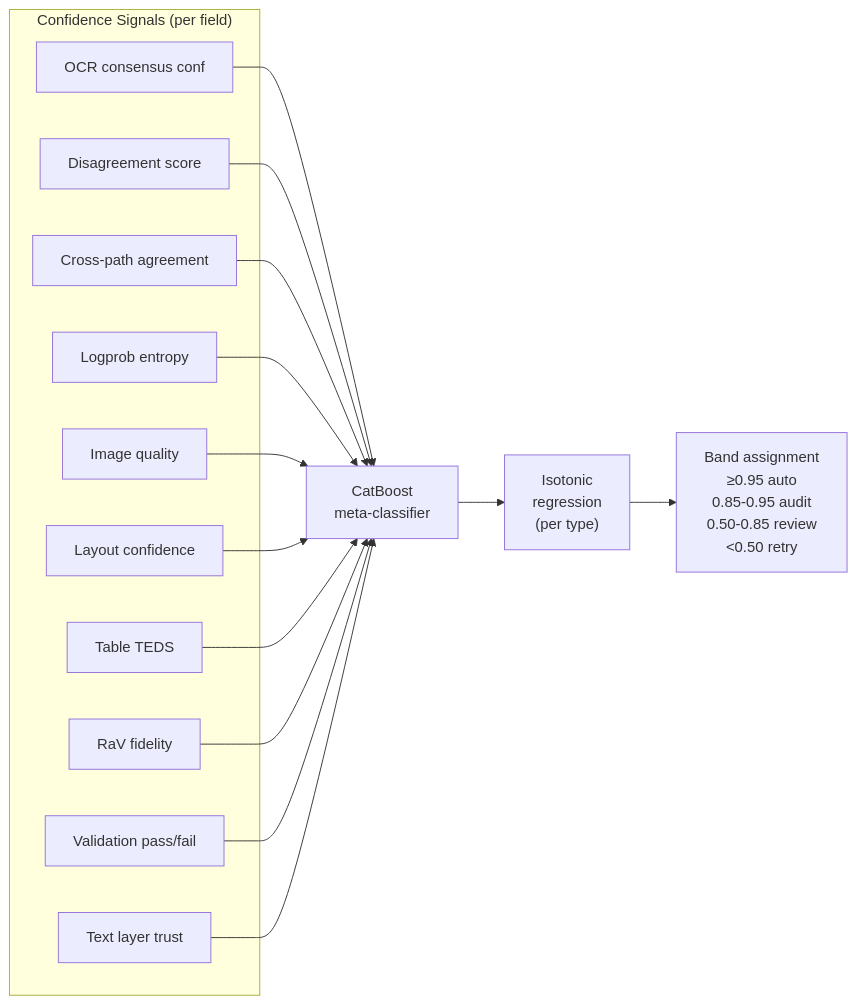
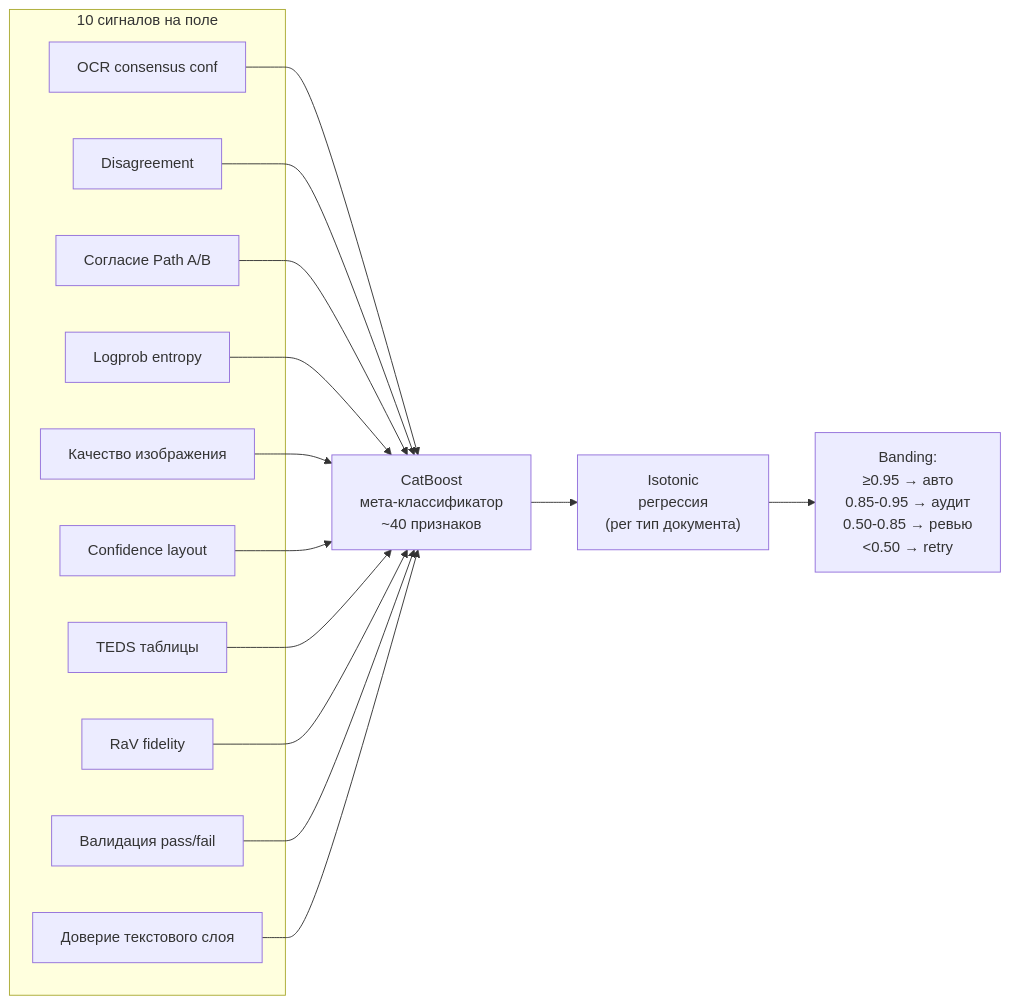
The fourth of 5 diagrams in docs/SUMMARY.md (Zhilg/NEI), drawn with Mermaid before and after one commit. The commit also changed other lines of this file, not shown here.

````diff
--- a/docs/SUMMARY.md
+++ b/docs/SUMMARY.md
@@ -147,19 +217,19 @@
 ```mermaid
 flowchart LR
-    subgraph SIGNALS["Confidence Signals (per field)"]
-        A1["OCR consensus conf"]
-        A2["Disagreement score"]
-        A3["Cross-path agreement"]
-        A4["Logprob entropy"]
-        A5["Image quality"]
-        A6["Layout confidence"]
-        A7["Table TEDS"]
-        A8["RaV fidelity"]
-        A9["Validation pass/fail"]
-        A10["Text layer trust"]
+    subgraph СИГНАЛЫ["10 сигналов на поле"]
+        S1["OCR consensus conf"]
+        S2["Disagreement"]
+        S3["Согласие Path A/B"]
+        S4["Logprob entropy"]
+        S5["Качество изображения"]
+        S6["Confidence layout"]
+        S7["TEDS таблицы"]
+        S8["RaV fidelity"]
+        S9["Валидация pass/fail"]
+        S10["Доверие текстового слоя"]
     end
 
-    CAT["CatBoost\nmeta-classifier"] --> ISO["Isotonic\nregression\n(per type)"]
-    A1 & A2 & A3 & A4 & A5 & A6 & A7 & A8 & A9 & A10 --> CAT
-    ISO --> BAND["Band assignment\n≥0.95 auto\n0.85-0.95 audit\n0.50-0.85 review\n<0.50 retry"]
+    CB["CatBoost\nмета-классификатор\n~40 признаков"] --> ISO["Isotonic\nрегрессия\n(per тип документа)"]
+    S1 & S2 & S3 & S4 & S5 & S6 & S7 & S8 & S9 & S10 --> CB
+    ISO --> BAND["Banding:\n≥0.95 → авто\n0.85-0.95 → аудит\n0.50-0.85 → ревью\n<0.50 → retry"]
 ```
````
